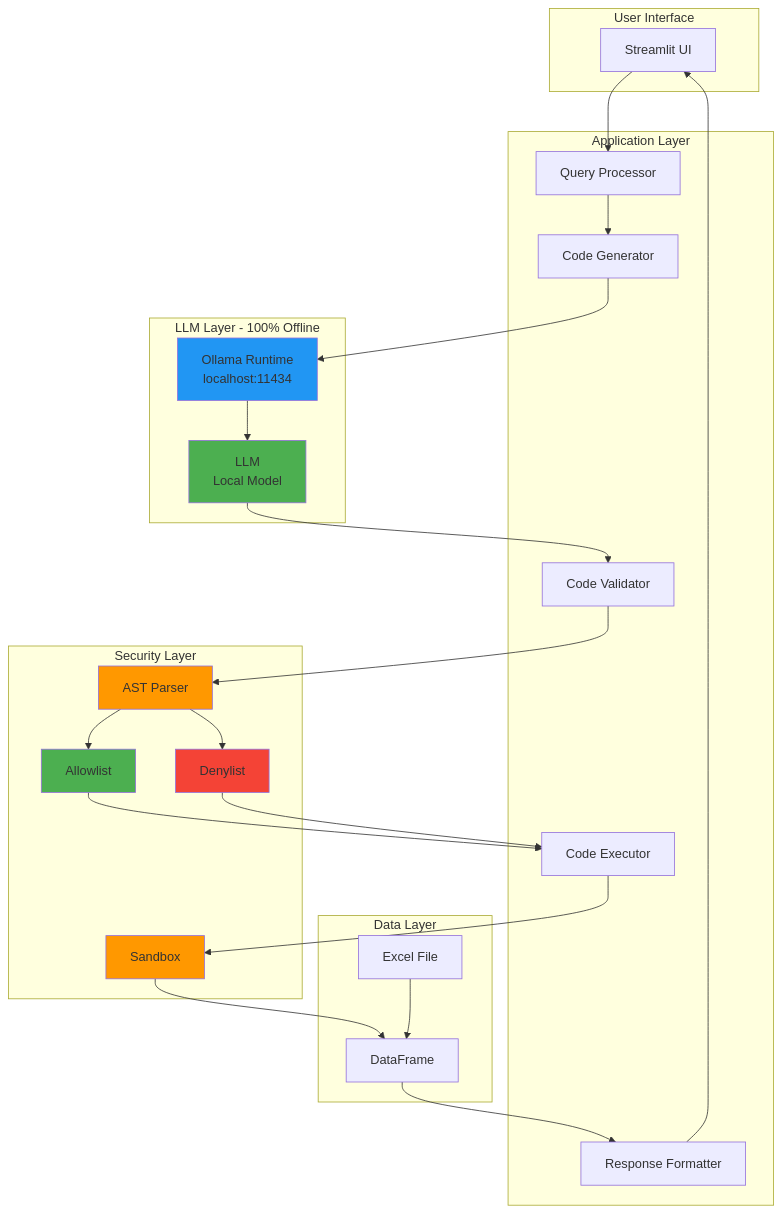
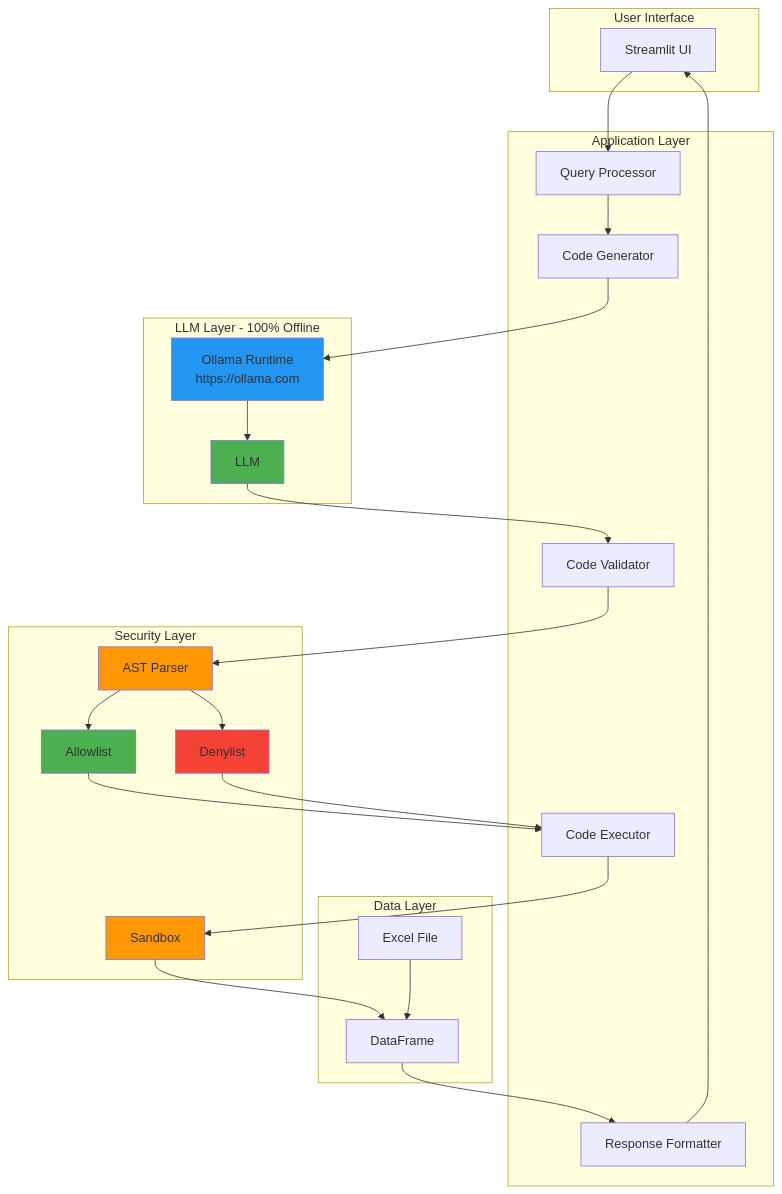
Before and after one commit to simonLoutfi/Pharmacy-Chatbot: the first of 5 diagrams in README.md, drawn with Mermaid.

````diff
--- a/README.md
+++ b/README.md
@@ -54,55 +54,55 @@
 ```mermaid
 graph TB
     subgraph "User Interface"
         UI[Streamlit UI]
     end
     
     subgraph "Application Layer"
         QP[Query Processor]
         CG[Code Generator]
         CV[Code Validator]
         CE[Code Executor]
         RF[Response Formatter]
     end
     
     subgraph "LLM Layer - 100% Offline"
-        OLLAMA[Ollama Runtime<br/>localhost:11434]
-        MODEL[LLM<br/>Local Model]
+        OLLAMA[Ollama Runtime<br/>https://ollama.com]
+        MODEL[LLM<br/>]
     end
     
     subgraph "Data Layer"
         EXCEL[Excel File]
         DF[DataFrame]
     end
     
     subgraph "Security Layer"
         AST[AST Parser]
         ALLOW[Allowlist]
         DENY[Denylist]
         SANDBOX[Sandbox]
     end
     
     UI --> QP
     QP --> CG
     CG --> OLLAMA
     OLLAMA --> MODEL
     MODEL --> CV
     CV --> AST
     AST --> ALLOW
     AST --> DENY
     ALLOW --> CE
     DENY --> CE
     CE --> SANDBOX
     SANDBOX --> DF
     DF --> RF
     RF --> UI
     
     EXCEL --> DF
     
     style OLLAMA fill:#2196F3
     style MODEL fill:#4CAF50
     style AST fill:#FF9800
     style ALLOW fill:#4CAF50
     style DENY fill:#F44336
     style SANDBOX fill:#FF9800
 ```
````
